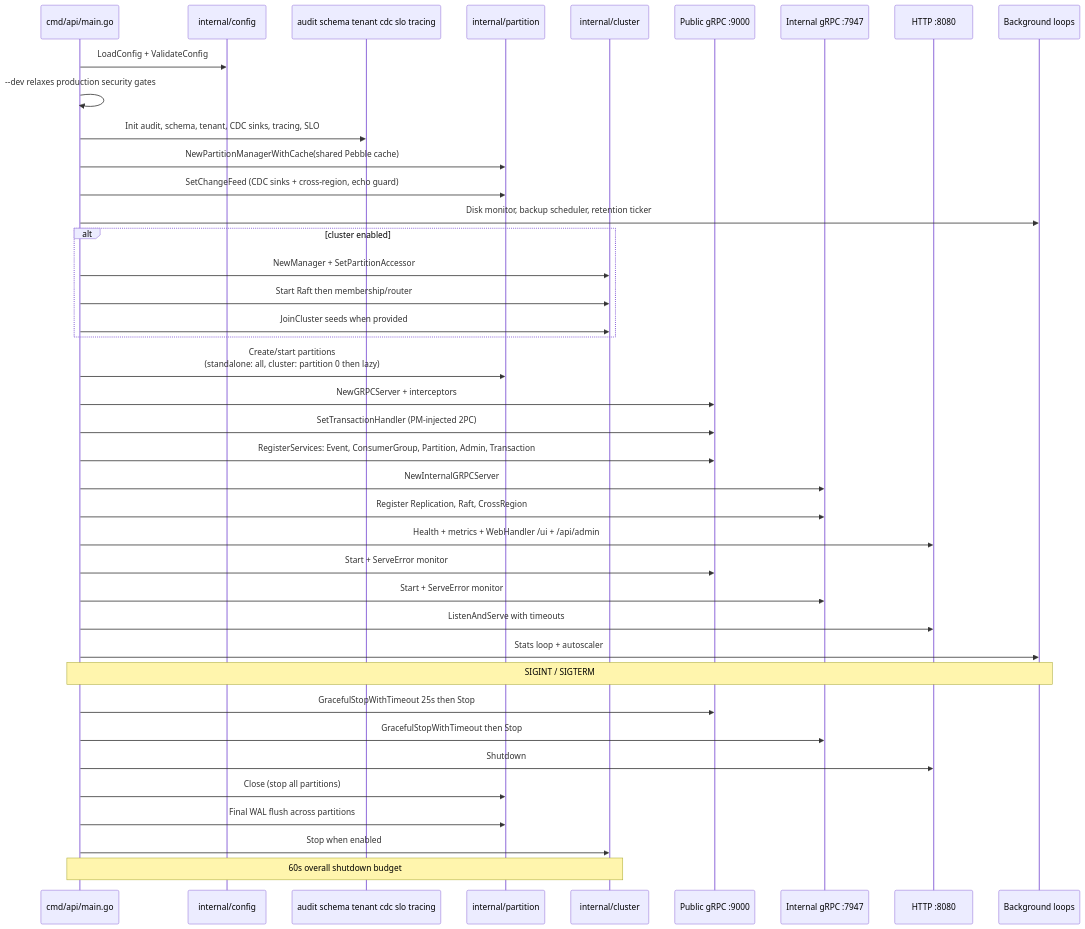
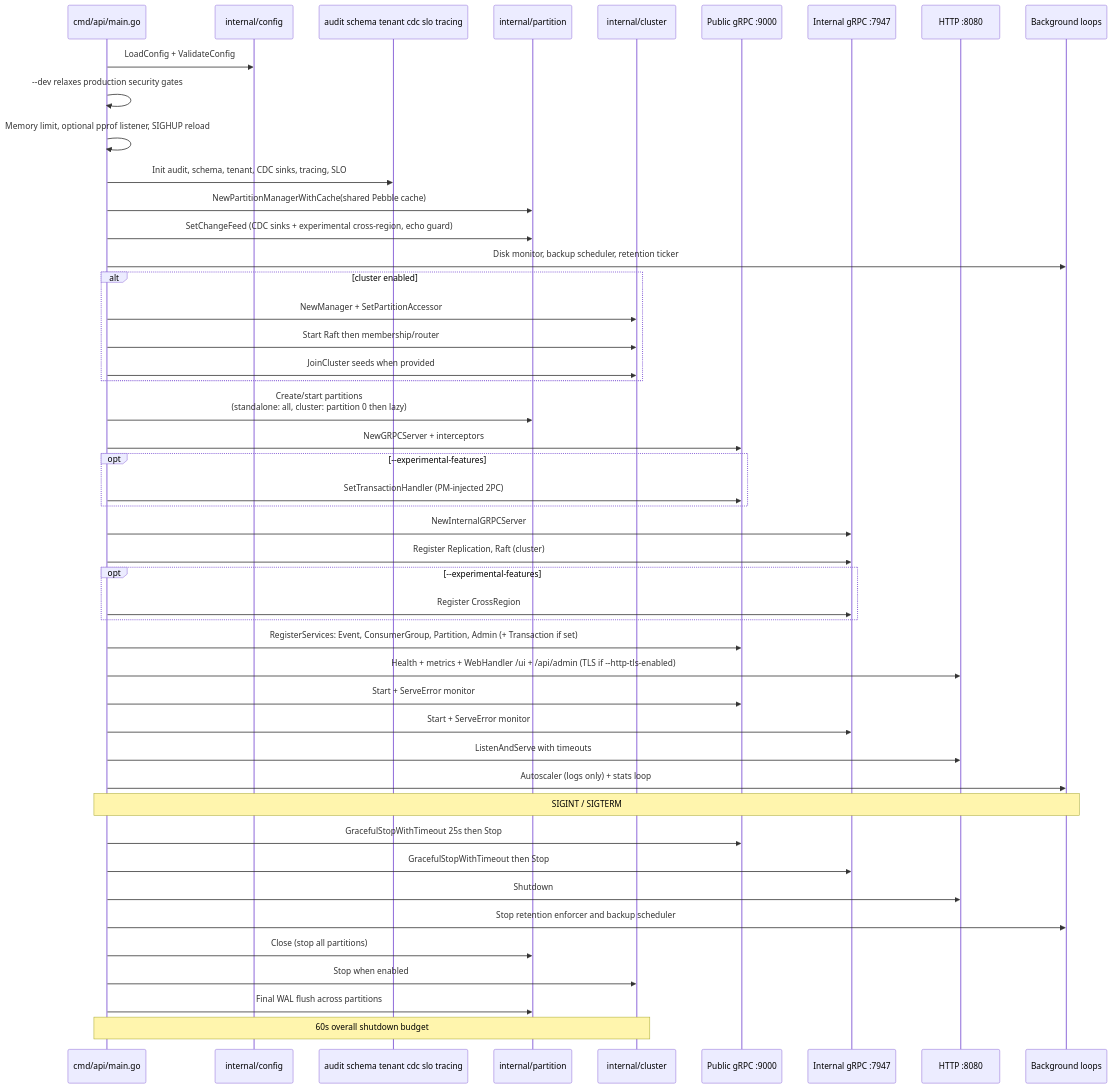
The first of 7 diagrams in docs/DEVELOPER_ARCHITECTURE_GUIDE.md (jatin711-debug/cronos_db_golang), drawn with Mermaid before and after one commit. The commit also changed other lines of this file and 31 other files, not shown here.

````diff
--- a/docs/DEVELOPER_ARCHITECTURE_GUIDE.md
+++ b/docs/DEVELOPER_ARCHITECTURE_GUIDE.md
@@ -89,43 +93,50 @@
 ```mermaid
 sequenceDiagram
     participant Main as cmd/api/main.go
     participant Config as internal/config
     participant Guard as audit schema tenant cdc slo tracing
     participant PM as internal/partition
     participant Cluster as internal/cluster
     participant Pub as Public gRPC :9000
     participant Int as Internal gRPC :7947
     participant HTTP as HTTP :8080
     participant BG as Background loops
 
     Main->>Config: LoadConfig + ValidateConfig
     Main->>Main: --dev relaxes production security gates
+    Main->>Main: Memory limit, optional pprof listener, SIGHUP reload
     Main->>Guard: Init audit, schema, tenant, CDC sinks, tracing, SLO
     Main->>PM: NewPartitionManagerWithCache(shared Pebble cache)
-    Main->>PM: SetChangeFeed (CDC sinks + cross-region, echo guard)
+    Main->>PM: SetChangeFeed (CDC sinks + experimental cross-region, echo guard)
     Main->>BG: Disk monitor, backup scheduler, retention ticker
     alt cluster enabled
         Main->>Cluster: NewManager + SetPartitionAccessor
         Main->>Cluster: Start Raft then membership/router
         Main->>Cluster: JoinCluster seeds when provided
     end
     Main->>PM: Create/start partitions<br/>(standalone: all, cluster: partition 0 then lazy)
     Main->>Pub: NewGRPCServer + interceptors
-    Main->>Pub: SetTransactionHandler (PM-injected 2PC)
-    Main->>Pub: RegisterServices: Event, ConsumerGroup, Partition, Admin, Transaction
+    opt --experimental-features
+        Main->>Pub: SetTransactionHandler (PM-injected 2PC)
+    end
     Main->>Int: NewInternalGRPCServer
-    Main->>Int: Register Replication, Raft, CrossRegion
-    Main->>HTTP: Health + metrics + WebHandler /ui + /api/admin
+    Main->>Int: Register Replication, Raft (cluster)
+    opt --experimental-features
+        Main->>Int: Register CrossRegion
+    end
+    Main->>Pub: RegisterServices: Event, ConsumerGroup, Partition, Admin (+ Transaction if set)
+    Main->>HTTP: Health + metrics + WebHandler /ui + /api/admin (TLS if --http-tls-enabled)
     Main->>Pub: Start + ServeError monitor
     Main->>Int: Start + ServeError monitor
     Main->>HTTP: ListenAndServe with timeouts
-    Main->>BG: Stats loop + autoscaler
+    Main->>BG: Autoscaler (logs only) + stats loop
     Note over Main,BG: SIGINT / SIGTERM
     Main->>Pub: GracefulStopWithTimeout 25s then Stop
     Main->>Int: GracefulStopWithTimeout then Stop
     Main->>HTTP: Shutdown
+    Main->>BG: Stop retention enforcer and backup scheduler
     Main->>PM: Close (stop all partitions)
+    Main->>Cluster: Stop when enabled
     Main->>PM: Final WAL flush across partitions
-    Main->>Cluster: Stop when enabled
     Note over Main,Cluster: 60s overall shutdown budget
 ```
````
